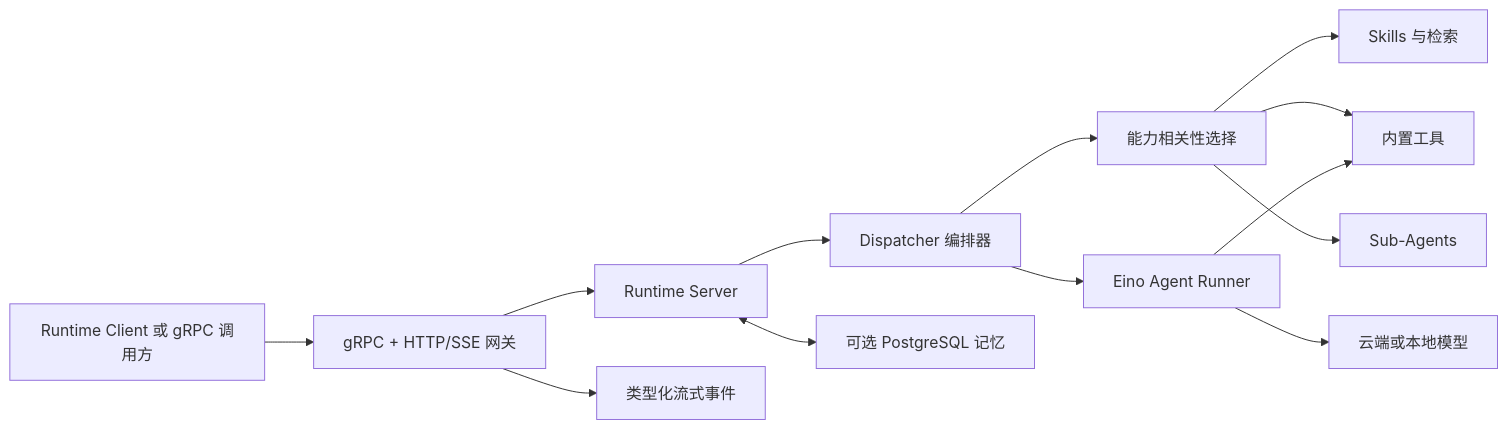
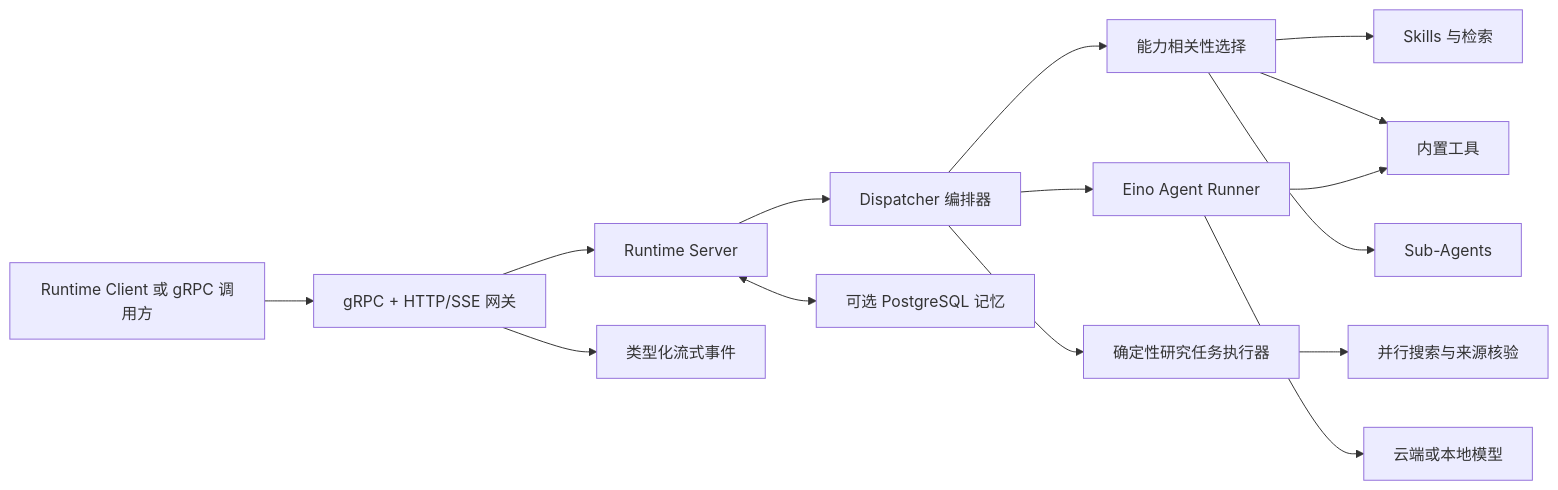
The diagram in README.zh-CN.md (good-fish-man/agent-runtime), drawn with Mermaid before and after one commit. The commit also changed other lines of this file and 109 other files, not shown here.

````diff
--- a/README.zh-CN.md
+++ b/README.zh-CN.md
@@ -24,15 +26,17 @@
 ```mermaid
 flowchart LR
     Client["Runtime Client 或 gRPC 调用方"] --> Transport["gRPC + HTTP/SSE 网关"]
     Transport --> Server["Runtime Server"]
     Server --> Dispatcher["Dispatcher 编排器"]
     Dispatcher --> Selector["能力相关性选择"]
+    Dispatcher --> Research["确定性研究任务执行器"]
+    Research --> Web["并行搜索与来源核验"]
     Selector --> Skills["Skills 与检索"]
     Selector --> Tools["内置工具"]
     Selector --> SubAgents["Sub-Agents"]
     Dispatcher --> Eino["Eino Agent Runner"]
     Eino --> Models["云端或本地模型"]
     Eino --> Tools
     Server <--> Memory["可选 PostgreSQL 记忆"]
     Transport --> Stream["类型化流式事件"]
 ```
````
